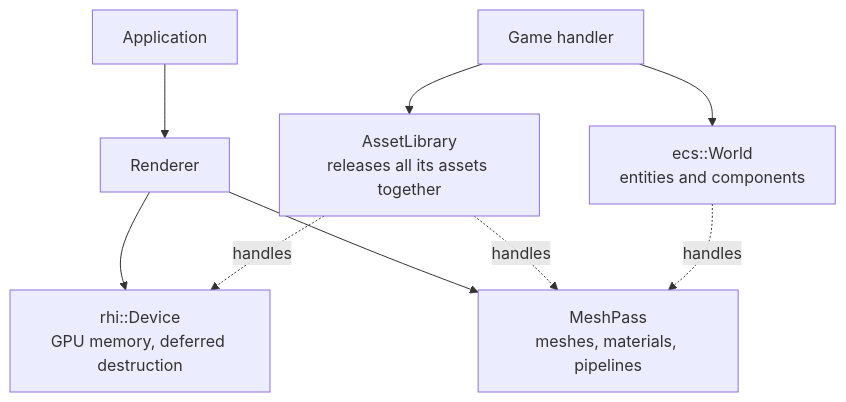
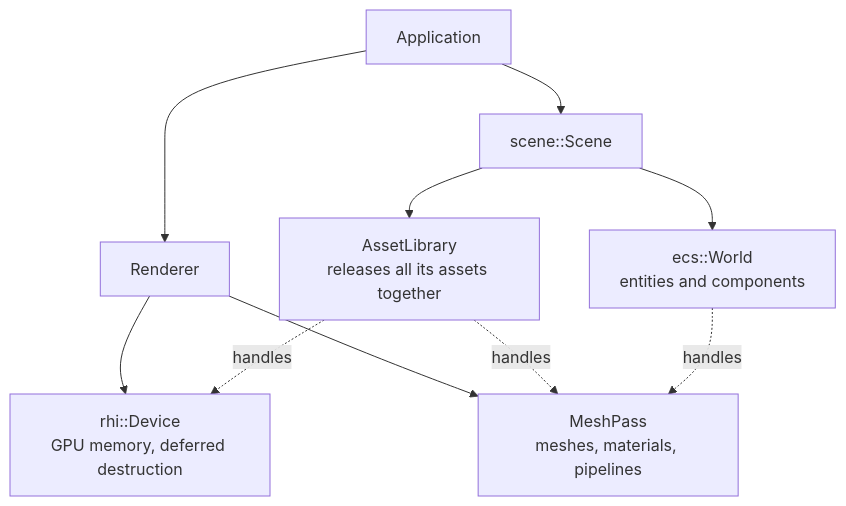
Before and after one commit to SBXdev3D/daidalos-engine-next: the fifth of 6 diagrams in docs/ARCHITECTURE.md, drawn with Mermaid. The commit also changed other lines of this file and 15 other files, not shown here.

````diff
--- a/docs/ARCHITECTURE.md
+++ b/docs/ARCHITECTURE.md
@@ -132,11 +145,12 @@
 ```mermaid
 flowchart TD
     App["Application"] --> Renderer
     Renderer --> Device["rhi::Device<br/>GPU memory, deferred destruction"]
     Renderer --> MeshPass["MeshPass<br/>meshes, materials, pipelines"]
-    Game["Game handler"] --> Library["AssetLibrary<br/>releases all its assets together"]
-    Game --> World["ecs::World<br/>entities and components"]
+    App --> Scene["scene::Scene"]
+    Scene --> Library["AssetLibrary<br/>releases all its assets together"]
+    Scene --> World["ecs::World<br/>entities and components"]
     Library -. "handles" .-> MeshPass
     Library -. "handles" .-> Device
     World -. "handles" .-> MeshPass
 ```
````
